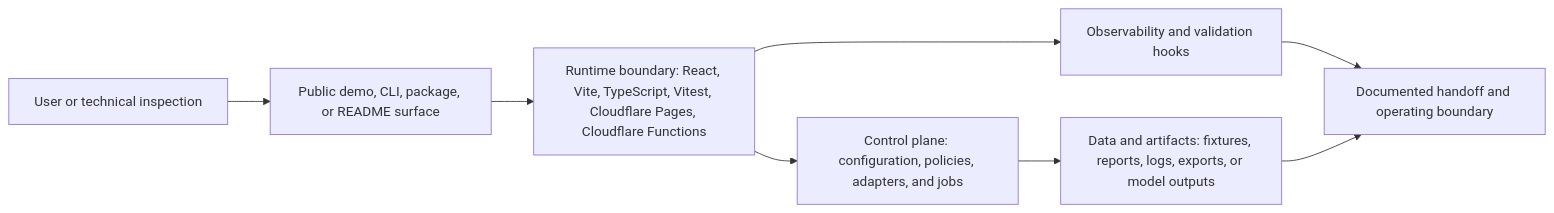
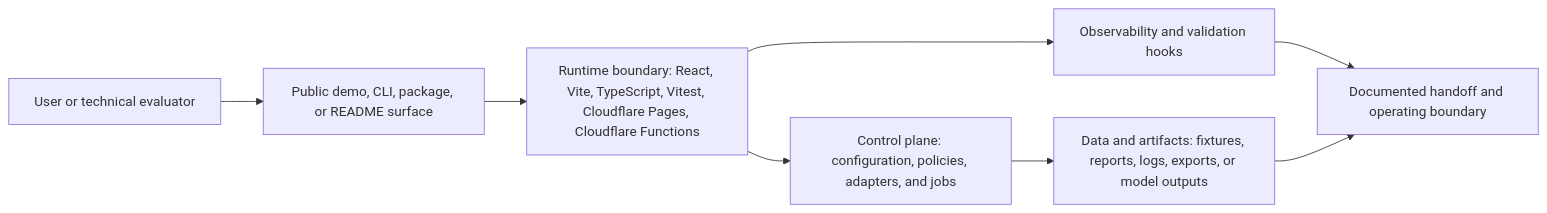
Before and after one commit to KIM3310/aix-pilot: the diagram in docs/system-architecture.md, drawn with Mermaid. The commit also changed 27 other files, not shown here.

Commit message:
chore: refine AI experience architecture

````diff
--- a/docs/system-architecture.md
+++ b/docs/system-architecture.md
@@ -18,10 +18,10 @@
 ```mermaid
 flowchart LR
-    User["User or technical inspection"] --> Surface["Public demo, CLI, package, or README surface"]
+    User["User or technical evaluator"] --> Surface["Public demo, CLI, package, or README surface"]
     Surface --> Runtime["Runtime boundary: React, Vite, TypeScript, Vitest, Cloudflare Pages, Cloudflare Functions"]
     Runtime --> Control["Control plane: configuration, policies, adapters, and jobs"]
     Control --> Data["Data and artifacts: fixtures, reports, logs, exports, or model outputs"]
     Runtime --> Observability["Observability and validation hooks"]
     Observability --> Handoff["Documented handoff and operating boundary"]
     Data --> Handoff
 ```
````
